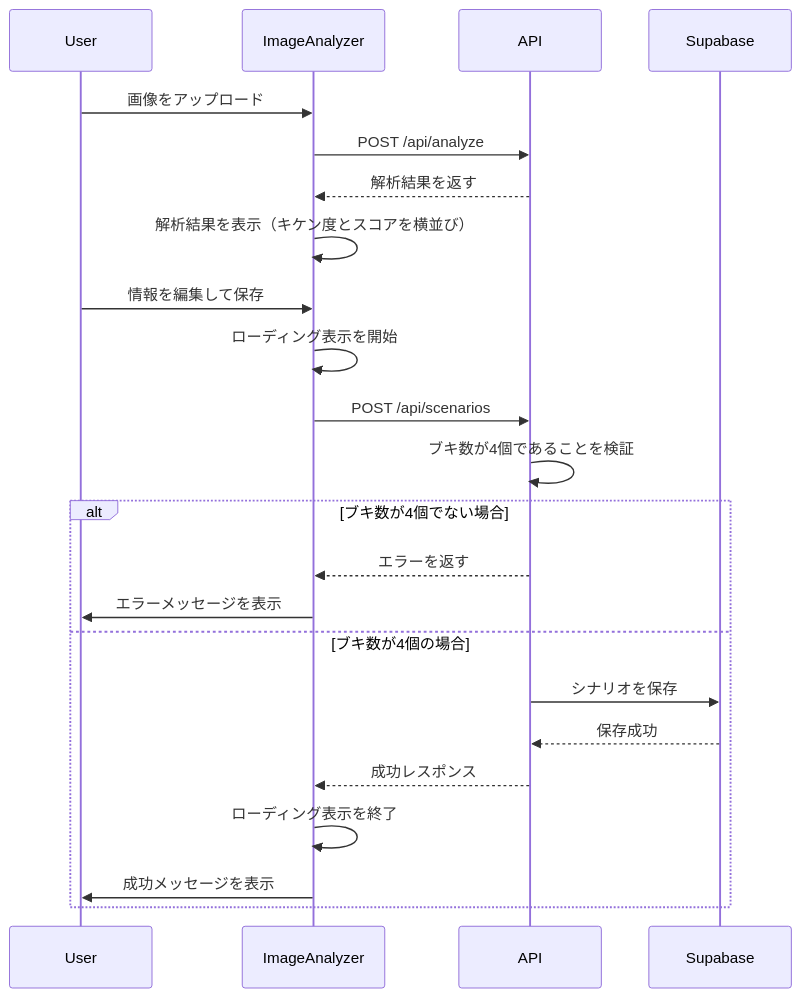
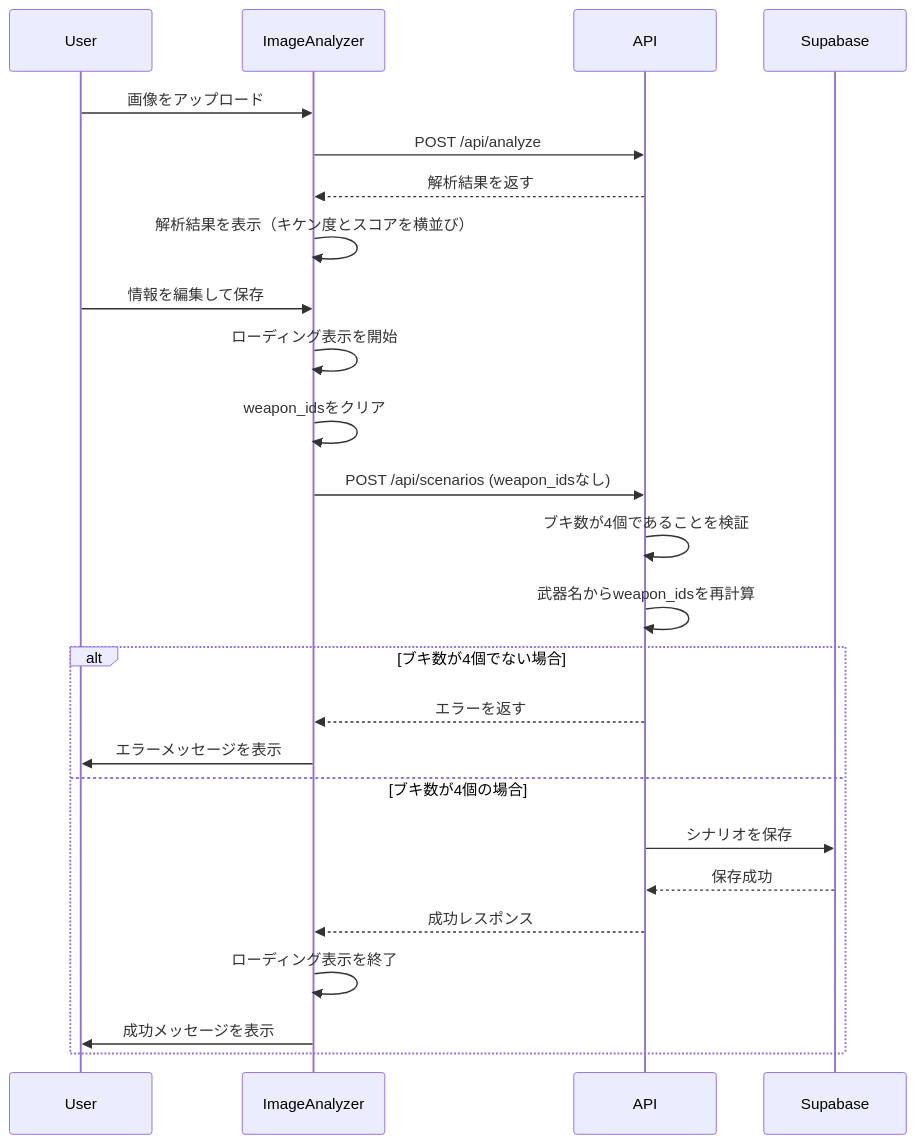
One commit to eddie-splatoon/salmon-run-scenario-hub changed the diagram in docs/pr-descriptions/PR_DESCRIPTION_ISSUE82.md. Above: the diagram before and after it, drawn with Mermaid. The commit also changed other lines of this file, not shown here.

Commit message:
docs: PR説明を更新 (weapon_idsの修正を追加)

````diff
--- a/docs/pr-descriptions/PR_DESCRIPTION_ISSUE82.md
+++ b/docs/pr-descriptions/PR_DESCRIPTION_ISSUE82.md
@@ -26,26 +31,28 @@
 ```mermaid
 sequenceDiagram
     participant User
     participant ImageAnalyzer
     participant API
     participant Supabase
     
     User->>ImageAnalyzer: 画像をアップロード
     ImageAnalyzer->>API: POST /api/analyze
     API-->>ImageAnalyzer: 解析結果を返す
     ImageAnalyzer->>ImageAnalyzer: 解析結果を表示（キケン度とスコアを横並び）
     User->>ImageAnalyzer: 情報を編集して保存
     ImageAnalyzer->>ImageAnalyzer: ローディング表示を開始
-    ImageAnalyzer->>API: POST /api/scenarios
+    ImageAnalyzer->>ImageAnalyzer: weapon_idsをクリア
+    ImageAnalyzer->>API: POST /api/scenarios (weapon_idsなし)
     API->>API: ブキ数が4個であることを検証
+    API->>API: 武器名からweapon_idsを再計算
     alt ブキ数が4個でない場合
         API-->>ImageAnalyzer: エラーを返す
         ImageAnalyzer->>User: エラーメッセージを表示
     else ブキ数が4個の場合
         API->>Supabase: シナリオを保存
         Supabase-->>API: 保存成功
         API-->>ImageAnalyzer: 成功レスポンス
         ImageAnalyzer->>ImageAnalyzer: ローディング表示を終了
         ImageAnalyzer->>User: 成功メッセージを表示
     end
 ```
````
